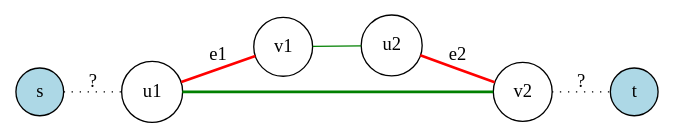
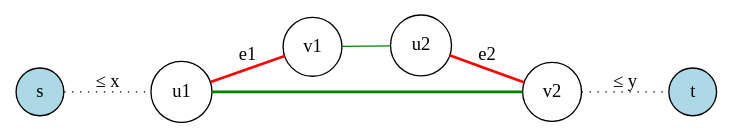
The fourth of 8 diagrams in presentation.qmd (amitai100/bidirectional-dijkstra), drawn with Graphviz before and after one commit. The commit also changed other lines of this file and 1 other file, not shown here.

````diff
--- a/presentation.qmd
+++ b/presentation.qmd
@@ -111,22 +132,22 @@
 ```{dot}
 graph  {
     rankdir=LR
     node [shape=circle];
-        
+    
     s [label="s", style=filled, fillcolor=lightblue];
     t [label="t", style=filled, fillcolor=lightblue];
     u1 [label="u1"];
     v1 [label="v1"];
     u2 [label="u2"];
     v2 [label="v2"];
 
-    s -- u1 [style="dotted", label="?"];
-    v2 -- t [style="dotted", label="?"];
+    s -- u1 [style="dotted", label=" ≤ x"];
+    v2 -- t [style="dotted", label=" ≤ y"];
     u1 -- v1 [label="e1", color=red, penwidth=2];
     u2 -- v2 [label="e2", color=red, penwidth=2];
     
     u1 -- v2 [color=green, penwidth=2];
     v1 -- u2 [color=green, penwidth=1];
     
 }
 ```
````
